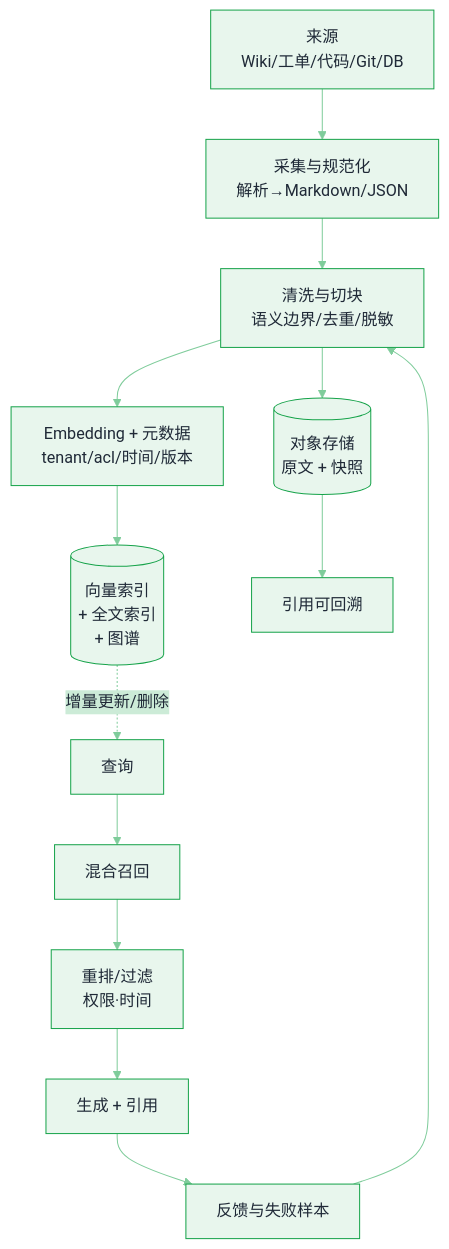
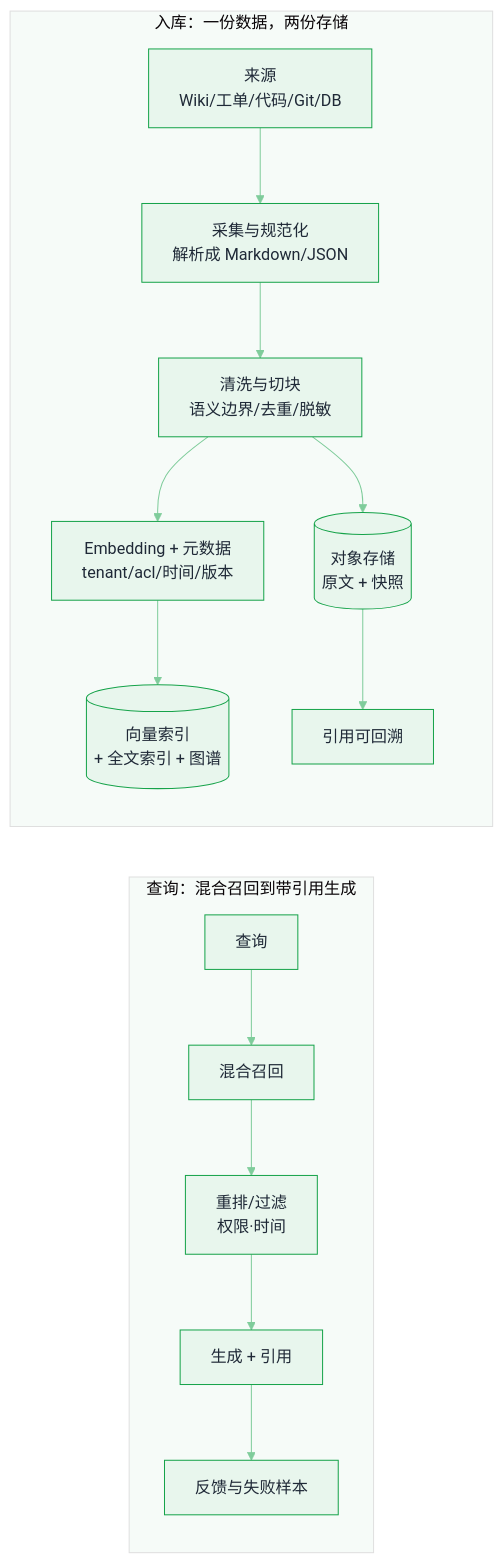
Before and after one commit to funny8kids/ai-agent-handbook: the diagram in docs/16-ai-infrastructure/data-vector-storage.md, drawn with Mermaid. The commit also changed other lines of this file and 45 other files, not shown here.

First line of the commit message:
Thicken 12 thin pages, clear 25 over-width diagrams, re-proportion 10 thin-ribbon diagrams

````diff
--- a/docs/16-ai-infrastructure/data-vector-storage.md
+++ b/docs/16-ai-infrastructure/data-vector-storage.md
@@ -26,15 +26,18 @@
 ```mermaid
 %%{init: {"theme":"base","themeVariables":{"primaryColor":"#E8F6ED","primaryBorderColor":"#16A34A","primaryTextColor":"#1F2937","secondaryColor":"#CCEBD7","tertiaryColor":"#F6FBF8","lineColor":"#7FCC9B","actorBkg":"#ECF8F1","actorBorder":"#16A34A","actorTextColor":"#1F2937","signalColor":"#5CBF80","noteBkgColor":"#D5EEDE","noteBorderColor":"#16A34A","noteTextColor":"#1F2937","labelBoxBkgColor":"#E8F6ED","labelBoxBorderColor":"#16A34A"}}}%%
-flowchart TD
-  S[来源<br/>Wiki/工单/代码/Git/DB] --> I[采集与规范化<br/>解析→Markdown/JSON]
-  I --> C[清洗与切块<br/>语义边界/去重/脱敏]
-  C --> E[Embedding + 元数据<br/>tenant/acl/时间/版本]
-  E --> IDX[(向量索引<br/>+ 全文索引<br/>+ 图谱)]
-  C --> RAW[(对象存储<br/>原文 + 快照)]
-  RAW --> AUD[引用可回溯]
-  Q[查询] --> RET[混合召回]
-  RET --> RR[重排/过滤<br/>权限·时间]
-  RR --> GEN[生成 + 引用]
-  GEN --> FB[反馈与失败样本] --> C
-  IDX -. 增量更新/删除 .-> Q
+flowchart LR
+  subgraph OUT["查询：混合召回到带引用生成"]
+    Q[查询] --> RET[混合召回]
+    RET --> RR[重排/过滤<br/>权限·时间]
+    RR --> GEN[生成 + 引用]
+    GEN --> FB[反馈与失败样本]
+  end
+  subgraph IN["入库：一份数据，两份存储"]
+    S[来源<br/>Wiki/工单/代码/Git/DB] --> I[采集与规范化<br/>解析成 Markdown/JSON]
+    I --> C[清洗与切块<br/>语义边界/去重/脱敏]
+    C --> E[Embedding + 元数据<br/>tenant/acl/时间/版本]
+    E --> IDX[(向量索引<br/>+ 全文索引 + 图谱)]
+    C --> RAW[(对象存储<br/>原文 + 快照)]
+    RAW --> AUD[引用可回溯]
+  end
 ```
````
